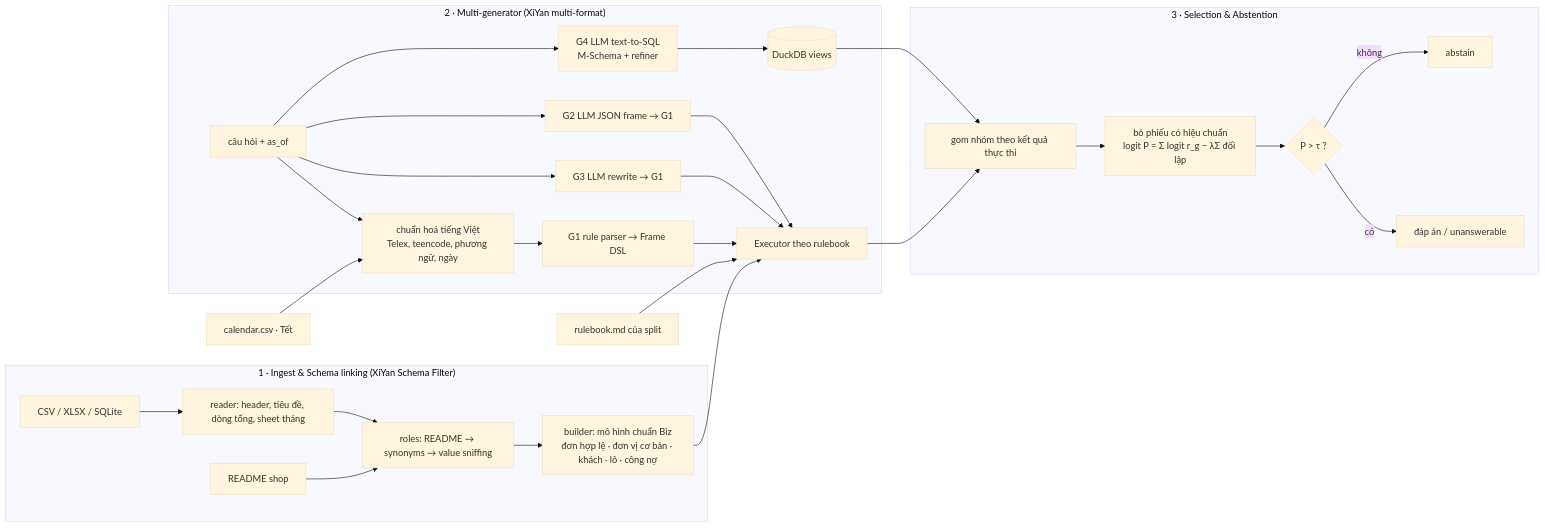
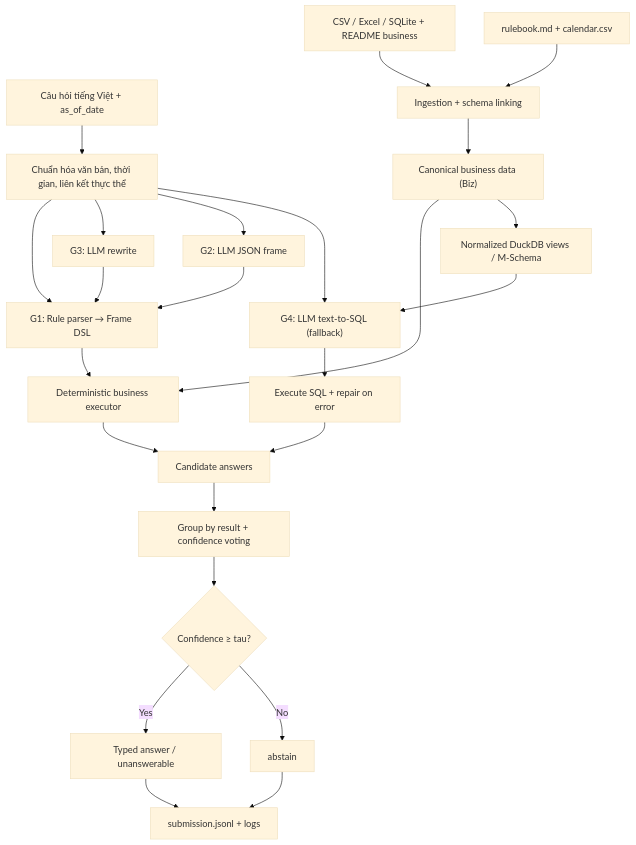
The diagram in README.md (AIVIETNAM-AIO-khaisiubeo/datamate-xiyan-), drawn with Mermaid (base theme) before and after one commit. The commit also changed other lines of this file, not shown here.

Commit message:
docs: restructure README with verified architecture, setup, evaluation and limitations

````diff
--- a/README.md
+++ b/README.md
@@ -34,28 +134,26 @@
 ```mermaid
-flowchart LR
-  subgraph Ingest["1 · Ingest & Schema linking (XiYan Schema Filter)"]
-    F[CSV / XLSX / SQLite] --> R[reader: header, tiêu đề, dòng tổng, sheet tháng]
-    RM[README shop] --> RL
-    R --> RL[roles: README → synonyms → value sniffing]
-    RL --> B[builder: mô hình chuẩn Biz<br/>đơn hợp lệ · đơn vị cơ bản · khách · lô · công nợ]
-  end
-  subgraph Gen["2 · Multi-generator (XiYan multi-format)"]
-    Q[câu hỏi + as_of] --> N[chuẩn hoá tiếng Việt<br/>Telex, teencode, phương ngữ, ngày]
-    N --> G1[G1 rule parser → Frame DSL]
-    Q --> G3[G3 LLM rewrite → G1]
-    Q --> G2[G2 LLM JSON frame → G1]
-    Q --> G4[G4 LLM text-to-SQL<br/>M-Schema + refiner]
-    G1 & G2 & G3 --> X[Executor theo rulebook]
-    G4 --> DB[(DuckDB views)]
-  end
-  subgraph Sel["3 · Selection & Abstention"]
-    X & DB --> C[gom nhóm theo kết quả thực thi]
-    C --> S[bỏ phiếu có hiệu chuẩn<br/>logit P = Σ logit r_g − λΣ đối lập]
-    S --> T{P > τ ?}
-    T -->|có| A[đáp án / unanswerable]
-    T -->|không| AB[abstain]
-  end
-  B --> X
-  RB[rulebook.md của split] --> X
-  CAL[calendar.csv · Tết] --> N
+flowchart TD
+    Q["Câu hỏi tiếng Việt + as_of_date"] --> N["Chuẩn hóa văn bản, thời gian, liên kết thực thể"]
+    D["CSV / Excel / SQLite + README business"] --> I["Ingestion + schema linking"]
+    RB["rulebook.md + calendar.csv"] --> I
+    I --> B["Canonical business data (Biz)"]
+    N --> G1["G1: Rule parser → Frame DSL"]
+    N --> G3["G3: LLM rewrite"]
+    N --> G2["G2: LLM JSON frame"]
+    G3 --> G1
+    G2 --> G1
+    B --> E["Deterministic business executor"]
+    G1 --> E
+    E --> C["Candidate answers"]
+    N --> G4["G4: LLM text-to-SQL (fallback)"]
+    B --> V["Normalized DuckDB views / M-Schema"]
+    V --> G4
+    G4 --> SQL["Execute SQL + repair on error"]
+    SQL --> C
+    C --> S["Group by result + confidence voting"]
+    S --> T{"Confidence ≥ tau?"}
+    T -->|Yes| A["Typed answer / unanswerable"]
+    T -->|No| AB["abstain"]
+    A --> O["submission.jsonl + logs"]
+    AB --> O
 ```
````
